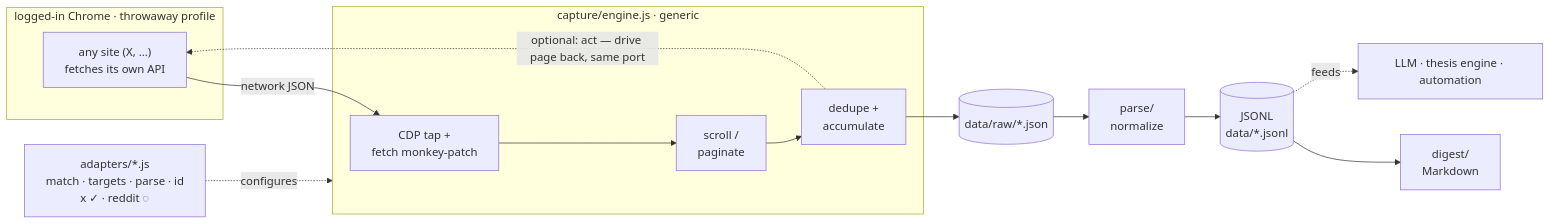
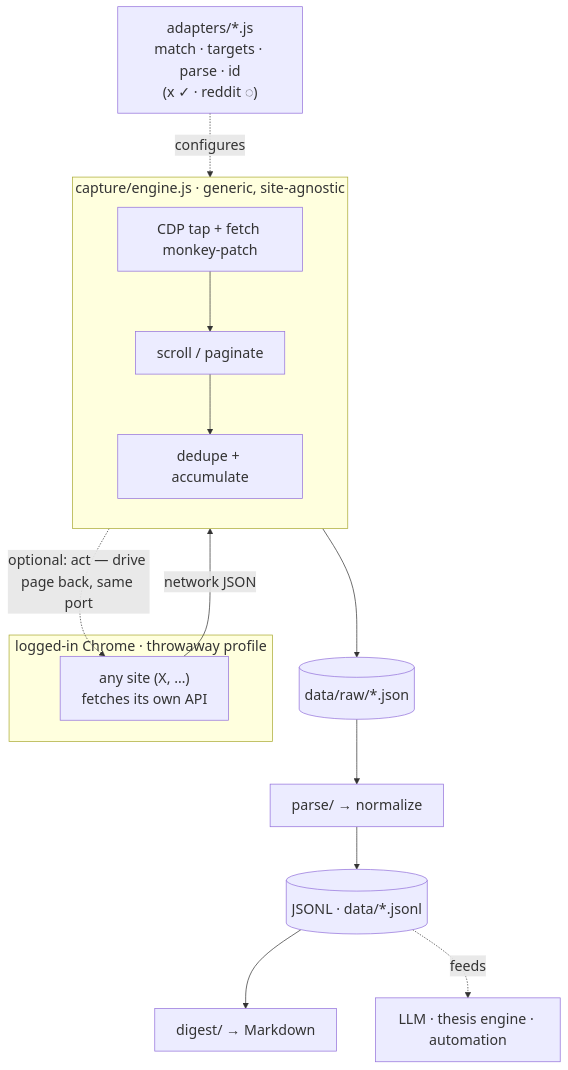
The diagram in README.md (aashrayap/kache-chrome), drawn with Mermaid before and after one commit.

Commit message:
README: switch diagram to top-down (TB) for readability
LR layout squashed the flowchart wide + tiny; TB uses vertical space and
enlarges nodes. Adds an init directive bumping font size + node spacing.

````diff
--- a/README.md
+++ b/README.md
@@ -12,20 +12,23 @@
 ```mermaid
-flowchart LR
+%%{init: {'themeVariables': {'fontSize': '20px'}, 'flowchart': {'nodeSpacing': 55, 'rankSpacing': 60}}}%%
+flowchart TB
     subgraph BROWSER["logged-in Chrome · throwaway profile"]
         APP["any site (X, …)<br/>fetches its own API"]
     end
 
-    subgraph ENGINE["capture/engine.js · generic"]
-        TAP["CDP tap +<br/>fetch monkey-patch"] --> DRIVE["scroll /<br/>paginate"] --> DEDUP["dedupe +<br/>accumulate"]
+    subgraph ENGINE["capture/engine.js · generic, site-agnostic"]
+        direction TB
+        TAP["CDP tap + fetch monkey-patch"] --> DRIVE["scroll / paginate"] --> DEDUP["dedupe + accumulate"]
     end
 
-    ADP["adapters/*.js<br/>match · targets · parse · id<br/>x ✓ · reddit ◌"]
+    ADP["adapters/*.js<br/>match · targets · parse · id<br/>(x ✓ · reddit ◌)"]
 
     APP -->|network JSON| TAP
     ADP -.->|configures| ENGINE
     DEDUP --> RAW[("data/raw/*.json")]
-    RAW --> PARSE["parse/<br/>normalize"] --> JSONL[("JSONL<br/>data/*.jsonl")]
-    JSONL --> DIGEST["digest/<br/>Markdown"]
+    RAW --> PARSE["parse/ → normalize"]
+    PARSE --> JSONL[("JSONL · data/*.jsonl")]
+    JSONL --> DIGEST["digest/ → Markdown"]
     JSONL -.->|feeds| USE["LLM · thesis engine · automation"]
     DEDUP -.->|"optional: act — drive page back, same port"| APP
 ```
````
